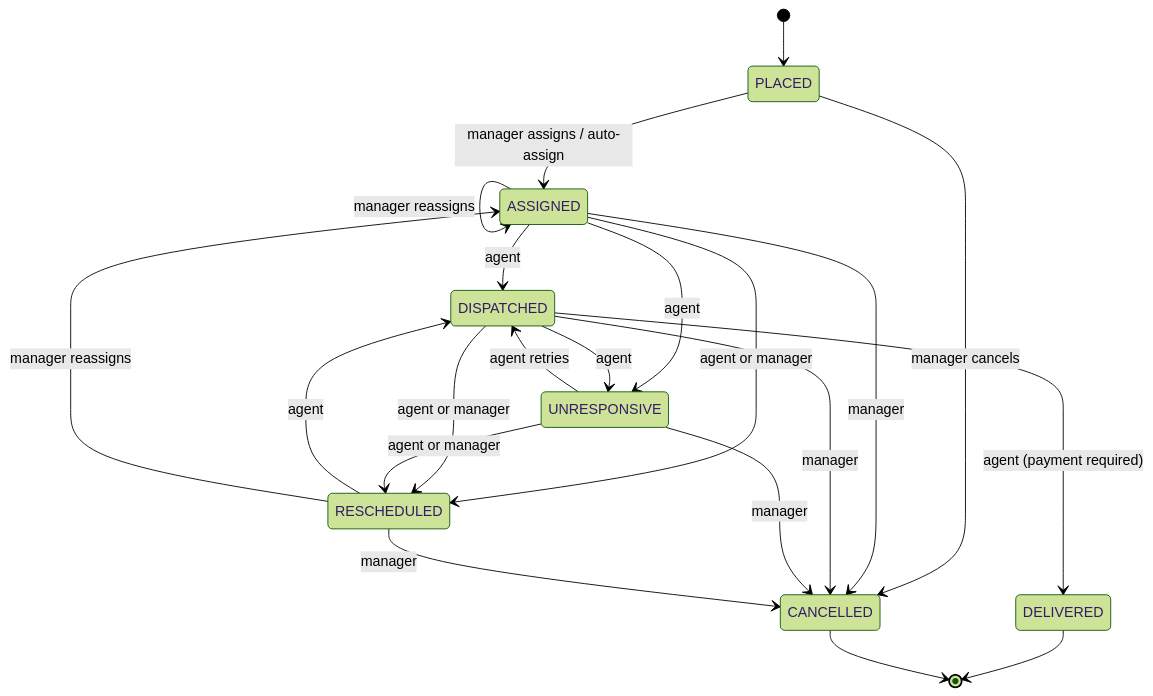
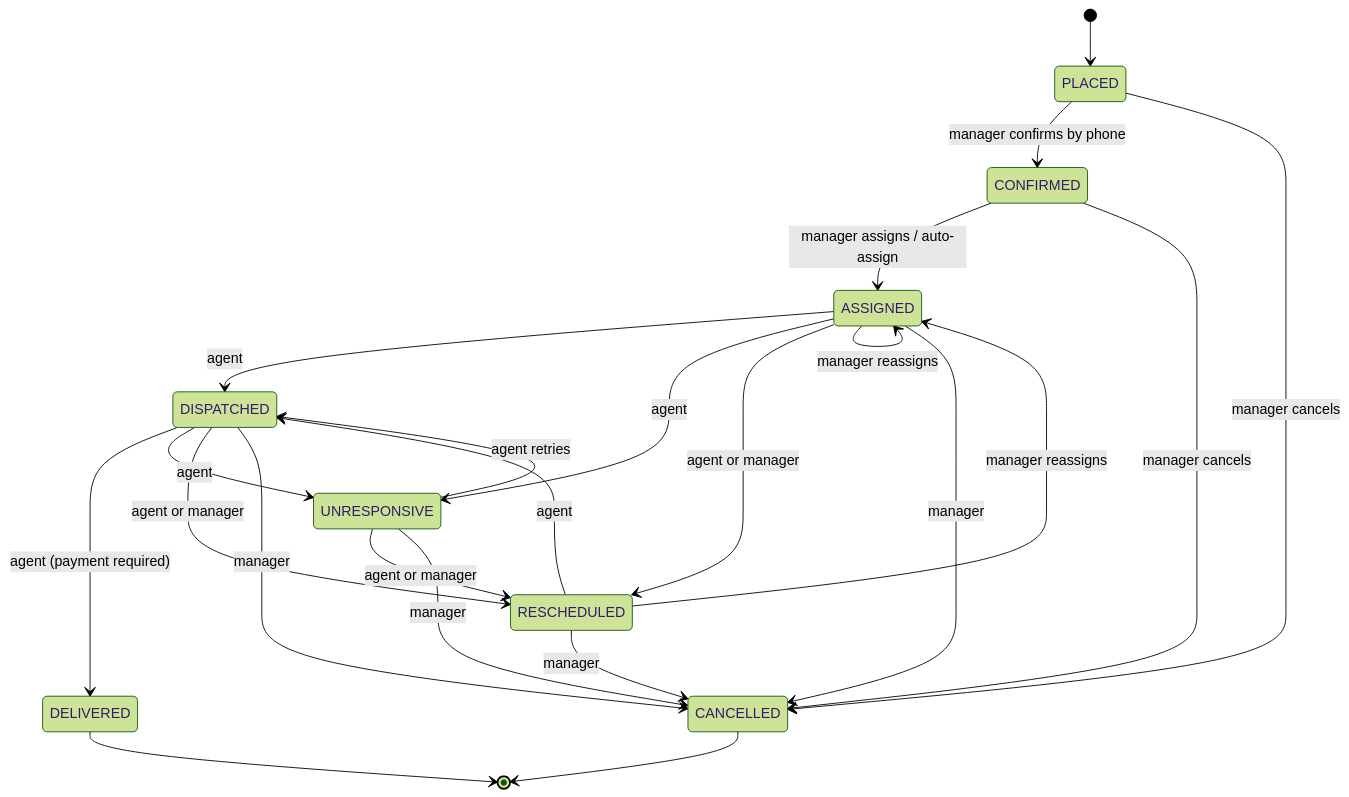
Before and after one commit to Geoduor/OADL: the diagram in docs/ORDER_LIFECYCLE.md, drawn with Mermaid (forest theme). The commit also changed other lines of this file and 4 other files, not shown here.

````diff
--- a/docs/ORDER_LIFECYCLE.md
+++ b/docs/ORDER_LIFECYCLE.md
@@ -19,23 +20,25 @@
 ```mermaid
 stateDiagram-v2
     [*] --> PLACED
-    PLACED --> ASSIGNED: manager assigns / auto-assign
+    PLACED --> CONFIRMED: manager confirms by phone
+    CONFIRMED --> ASSIGNED: manager assigns / auto-assign
+    CONFIRMED --> CANCELLED: manager cancels
     PLACED --> CANCELLED: manager cancels
     ASSIGNED --> DISPATCHED: agent
     ASSIGNED --> UNRESPONSIVE: agent
     ASSIGNED --> RESCHEDULED: agent or manager
     ASSIGNED --> ASSIGNED: manager reassigns
     ASSIGNED --> CANCELLED: manager
     DISPATCHED --> DELIVERED: agent (payment required)
     DISPATCHED --> UNRESPONSIVE: agent
     DISPATCHED --> RESCHEDULED: agent or manager
     DISPATCHED --> CANCELLED: manager
     UNRESPONSIVE --> RESCHEDULED: agent or manager
     UNRESPONSIVE --> DISPATCHED: agent retries
     UNRESPONSIVE --> CANCELLED: manager
     RESCHEDULED --> DISPATCHED: agent
     RESCHEDULED --> ASSIGNED: manager reassigns
     RESCHEDULED --> CANCELLED: manager
     DELIVERED --> [*]
     CANCELLED --> [*]
 ```
````
